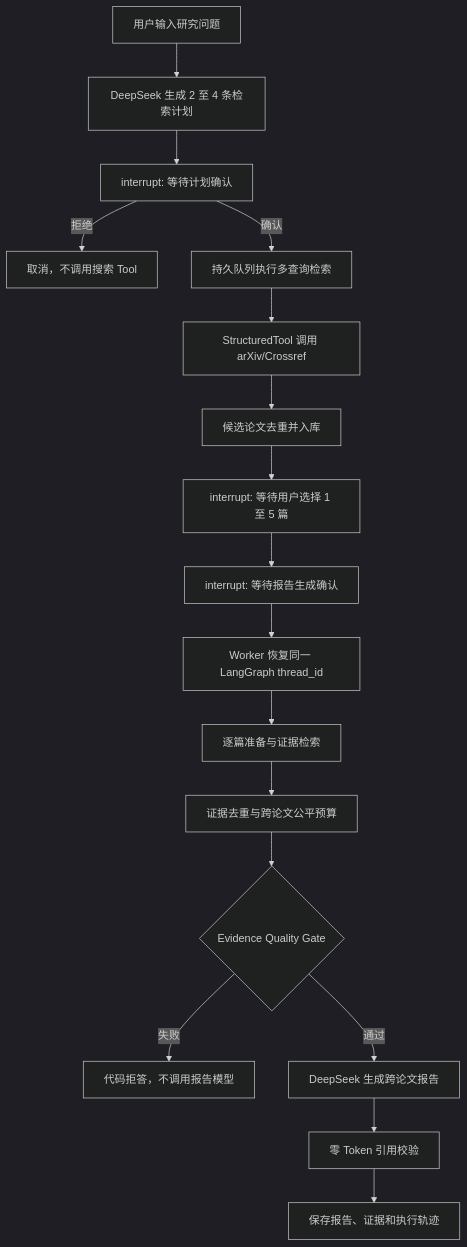
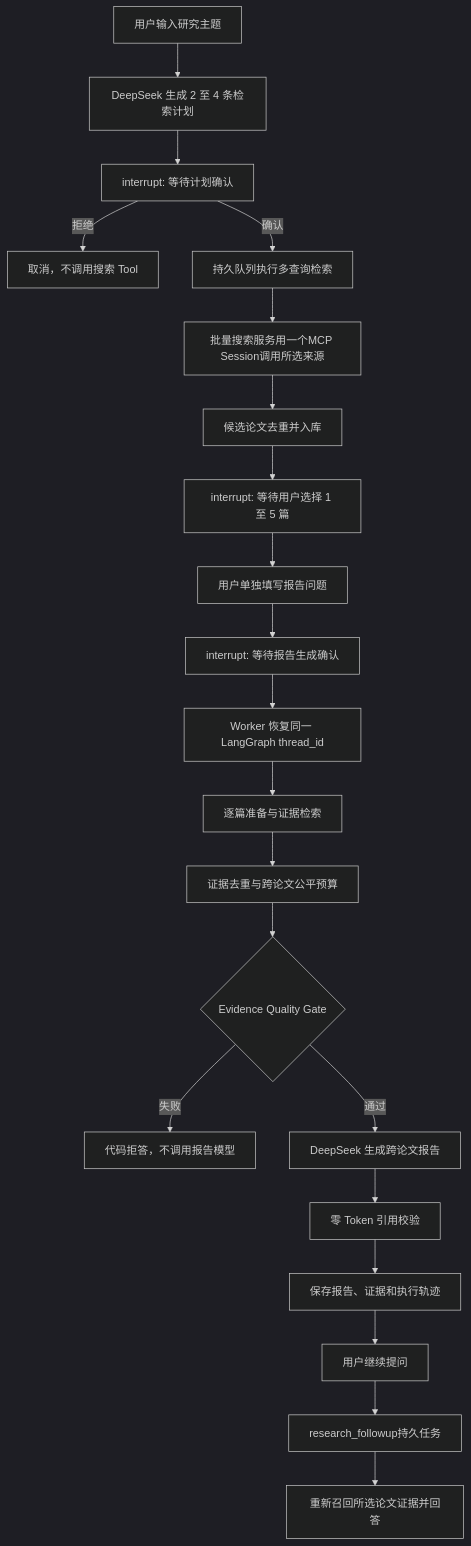
Before and after one commit to a18743530603/Paper-search: the fourth of 5 diagrams in PROJECT_OVERVIEW.md, drawn with Mermaid (dark theme). The commit also changed other lines of this file and 44 other files, not shown here.

````diff
--- a/PROJECT_OVERVIEW.md
+++ b/PROJECT_OVERVIEW.md
@@ -120,19 +125,23 @@
 ```mermaid
 flowchart TD
-    A[用户输入研究问题] --> B[DeepSeek 生成 2 至 4 条检索计划]
+    A[用户输入研究主题] --> B[DeepSeek 生成 2 至 4 条检索计划]
     B --> C[interrupt: 等待计划确认]
     C -->|拒绝| X[取消，不调用搜索 Tool]
     C -->|确认| D[持久队列执行多查询检索]
-    D --> E[StructuredTool 调用 arXiv/Crossref]
+    D --> E[批量搜索服务用一个MCP Session调用所选来源]
     E --> F[候选论文去重并入库]
     F --> G[interrupt: 等待用户选择 1 至 5 篇]
-    G --> H[interrupt: 等待报告生成确认]
-    H --> I[Worker 恢复同一 LangGraph thread_id]
-    I --> J[逐篇准备与证据检索]
-    J --> K[证据去重与跨论文公平预算]
-    K --> L{Evidence Quality Gate}
-    L -->|失败| M[代码拒答，不调用报告模型]
-    L -->|通过| N[DeepSeek 生成跨论文报告]
-    N --> O[零 Token 引用校验]
-    O --> P[保存报告、证据和执行轨迹]
+    G --> H[用户单独填写报告问题]
+    H --> I[interrupt: 等待报告生成确认]
+    I --> J[Worker 恢复同一 LangGraph thread_id]
+    J --> K[逐篇准备与证据检索]
+    K --> L[证据去重与跨论文公平预算]
+    L --> M{Evidence Quality Gate}
+    M -->|失败| N[代码拒答，不调用报告模型]
+    M -->|通过| O[DeepSeek 生成跨论文报告]
+    O --> P[零 Token 引用校验]
+    P --> Q[保存报告、证据和执行轨迹]
+    Q --> R[用户继续提问]
+    R --> S[research_followup持久任务]
+    S --> T[重新召回所选论文证据并回答]
 ```
````
